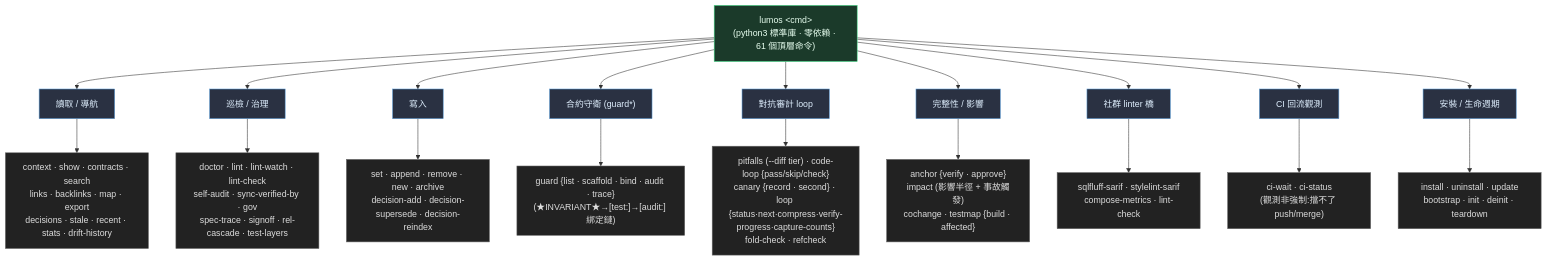
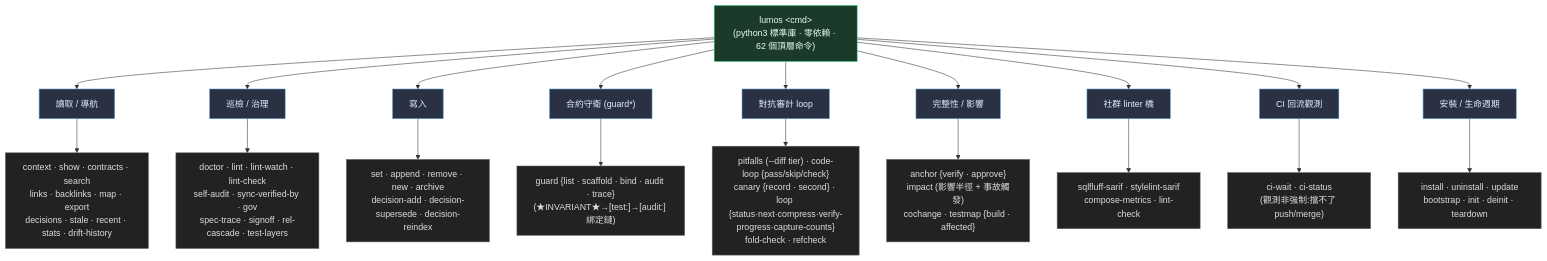
Before and after one commit to EnzoHsieh-Android/Lumos: the third of 4 diagrams in ARCHITECTURE.md, drawn with Mermaid. The commit also changed other lines of this file and 12 other files, not shown here.

````diff
--- a/ARCHITECTURE.md
+++ b/ARCHITECTURE.md
@@ -99,31 +99,31 @@
 ```mermaid
 flowchart TB
-    ROOT["lumos &lt;cmd&gt;<br/>(python3 標準庫 · 零依賴 · 61 個頂層命令)"]
+    ROOT["lumos &lt;cmd&gt;<br/>(python3 標準庫 · 零依賴 · 62 個頂層命令)"]
 
     ROOT --> READ["讀取 / 導航"]
     ROOT --> HEALTH["巡檢 / 治理"]
     ROOT --> WRITE["寫入"]
     ROOT --> GUARD["合約守衛 (guard*)"]
     ROOT --> LOOP["對抗審計 loop"]
     ROOT --> INTEG["完整性 / 影響"]
     ROOT --> SARIF["社群 linter 橋"]
     ROOT --> CI["CI 回流觀測"]
     ROOT --> LIFE["安裝 / 生命週期"]
 
     READ --> R["context · show · contracts · search<br/>links · backlinks · map · export<br/>decisions · stale · recent · stats · drift-history"]
     HEALTH --> H["doctor · lint · lint-watch · lint-check<br/>self-audit · sync-verified-by · gov<br/>spec-trace · signoff · rel-cascade · test-layers"]
     CI --> C["ci-wait · ci-status<br/>(觀測非強制:擋不了 push/merge)"]
     WRITE --> W["set · append · remove · new · archive<br/>decision-add · decision-supersede · decision-reindex"]
     GUARD --> G["guard {list · scaffold · bind · audit · trace}<br/>(★INVARIANT★→[test:]→[audit:] 綁定鏈)"]
     LOOP --> LP["pitfalls (--diff tier) · code-loop {pass/skip/check}<br/>canary {record · second} · loop {status·next·compress·verify-progress·capture-counts}<br/>fold-check · refcheck"]
     INTEG --> I["anchor {verify · approve}<br/>impact (影響半徑 + 事故觸發)<br/>cochange · testmap {build · affected}"]
     SARIF --> ST["sqlfluff-sarif · stylelint-sarif<br/>compose-metrics · lint-check"]
     LIFE --> L["install · uninstall · update<br/>bootstrap · init · deinit · teardown"]
 
     classDef root fill:#1b3a2a,stroke:#3ddc84,color:#e8fff0
     classDef cat fill:#2a3142,stroke:#5a9bd6,color:#e0f0ff
     classDef leaf fill:#222,stroke:#666,color:#ddd
     class ROOT root
     class READ,HEALTH,WRITE,GUARD,LOOP,INTEG,SARIF,CI,LIFE cat
     class R,H,W,G,LP,I,ST,C,L leaf
 ```
````
